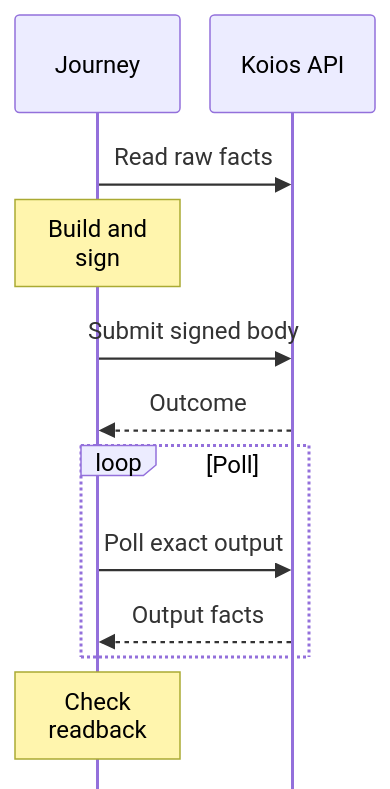
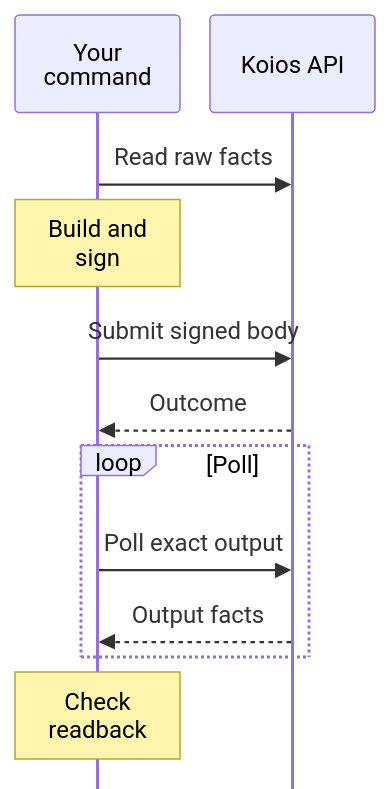
Before and after one commit to lambdasistemi/singular: the second of 2 diagrams in docs/consumer-onboarding.md, drawn with Mermaid. The commit also changed other lines of this file and 39 other files, not shown here.

````diff
--- a/docs/consumer-onboarding.md
+++ b/docs/consumer-onboarding.md
@@ -134,15 +107,15 @@
 ```mermaid
 %%{init: {'sequence': {'actorMargin': 20, 'width': 110, 'wrap': true, 'mirrorActors': false}}}%%
 sequenceDiagram
-    participant J as Journey
+    participant W as Your command
     participant P as Koios API
-    J->>P: Read raw facts
-    Note over J: Build and sign
-    J->>P: Submit signed body
-    P-->>J: Outcome
+    W->>P: Read raw facts
+    Note over W: Build and sign
+    W->>P: Submit signed body
+    P-->>W: Outcome
     loop Poll
-        J->>P: Poll exact output
-        P-->>J: Output facts
+        W->>P: Poll exact output
+        P-->>W: Output facts
     end
-    Note over J: Check readback
+    Note over W: Check readback
 ```
````
